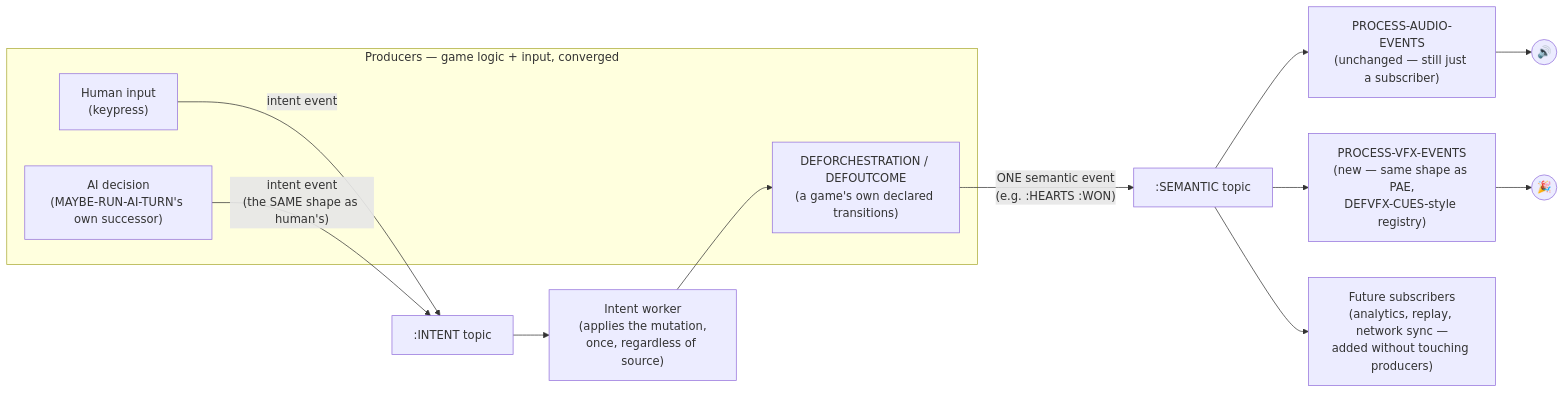
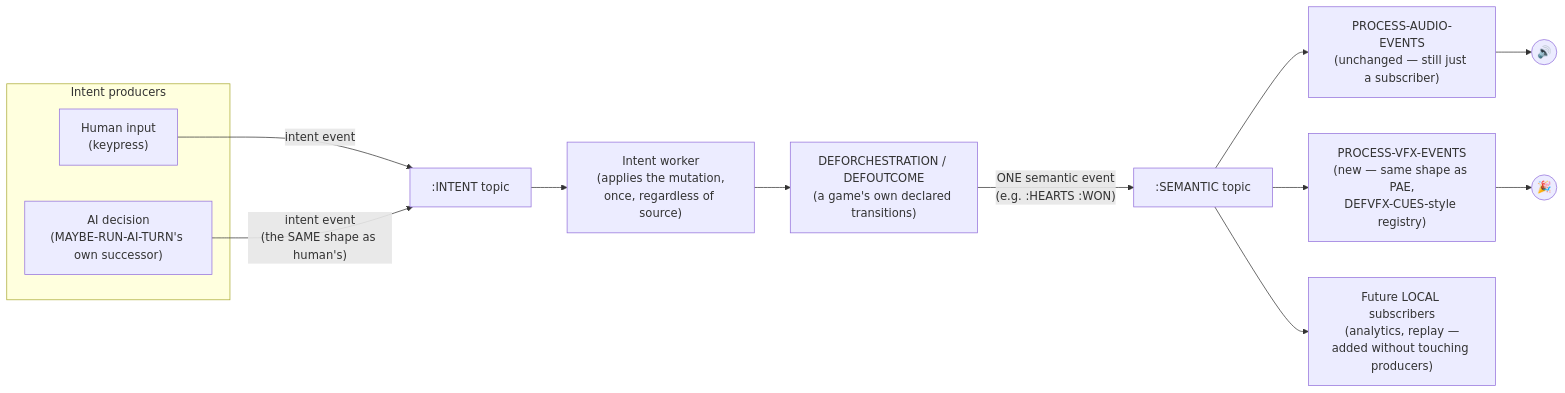
One commit to denzuko/edm-engine changed the first of 2 diagrams in docs/semantic-event-architecture-design.md. Above: the diagram before and after it, drawn with Mermaid. The commit also changed other lines of this file, not shown here.

````diff
--- a/docs/semantic-event-architecture-design.md
+++ b/docs/semantic-event-architecture-design.md
@@ -69,22 +79,21 @@
 ```mermaid
 flowchart LR
-    subgraph producers["Producers — game logic + input, converged"]
+    subgraph producers["Intent producers"]
         Human["Human input\n(keypress)"]
         AI["AI decision\n(MAYBE-RUN-AI-TURN's own successor)"]
-        Orch["DEFORCHESTRATION / DEFOUTCOME\n(a game's own declared transitions)"]
     end
 
     Human -->|"intent event"| IntentTopic[":INTENT topic"]
     AI -->|"intent event\n(the SAME shape as human's)"| IntentTopic
     IntentTopic --> IntentWorker["Intent worker\n(applies the mutation,\nonce, regardless of source)"]
-    IntentWorker --> Orch
+    IntentWorker --> Orch["DEFORCHESTRATION / DEFOUTCOME\n(a game's own declared transitions)"]
 
     Orch -->|"ONE semantic event\n(e.g. :HEARTS :WON)"| SemanticTopic[":SEMANTIC topic"]
 
     SemanticTopic --> PAE["PROCESS-AUDIO-EVENTS\n(unchanged — still just a subscriber)"]
     SemanticTopic --> PVE["PROCESS-VFX-EVENTS\n(new — same shape as PAE,\nDEFVFX-CUES-style registry)"]
-    SemanticTopic --> Future["Future subscribers\n(analytics, replay, network sync —\nadded without touching producers)"]
+    SemanticTopic --> Future["Future LOCAL subscribers\n(analytics, replay —\nadded without touching producers)"]
 
     PAE --> Speaker(("🔊"))
     PVE --> Screen(("🎉"))
 ```
````
